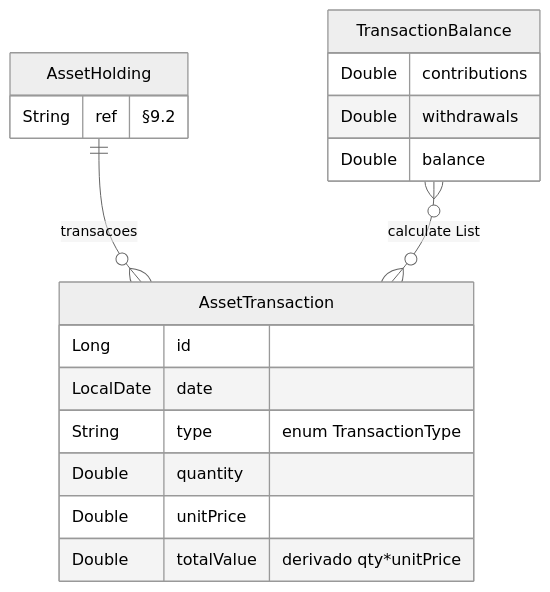
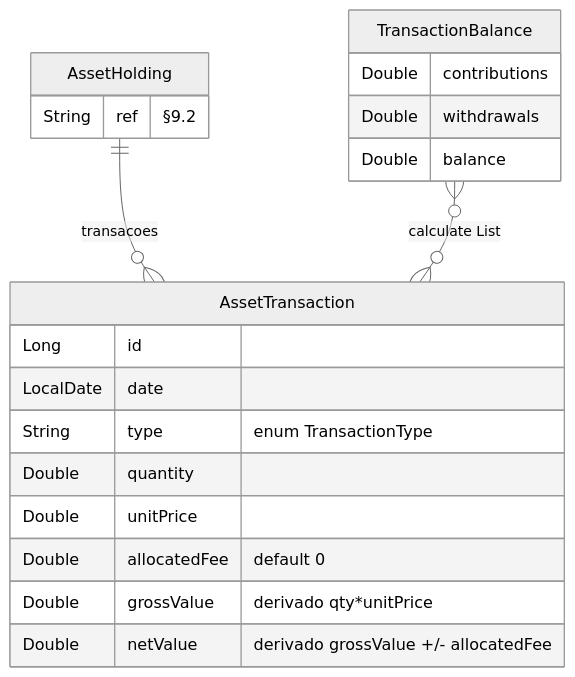
Before and after one commit to enirsilvaferraz/Investments-KMP: the third of 5 diagrams in core/domain/entity/docs/DOMAIN.md, drawn with Mermaid (neutral theme). The commit also changed other lines of this file and 43 other files, not shown here.

````diff
--- a/core/domain/entity/docs/DOMAIN.md
+++ b/core/domain/entity/docs/DOMAIN.md
@@ -268,21 +269,23 @@
 ```mermaid
 erDiagram
     AssetHolding {
         String ref "§9.2"
     }
     AssetTransaction {
         Long id
         LocalDate date
         String type "enum TransactionType"
         Double quantity
         Double unitPrice
-        Double totalValue "derivado qty*unitPrice"
+        Double allocatedFee "default 0"
+        Double grossValue "derivado qty*unitPrice"
+        Double netValue "derivado grossValue +/- allocatedFee"
     }
     TransactionBalance {
         Double contributions
         Double withdrawals
         Double balance
     }
     AssetHolding ||--o{ AssetTransaction : "transacoes"
     TransactionBalance }o--o{ AssetTransaction : "calculate List"
 ```
````
